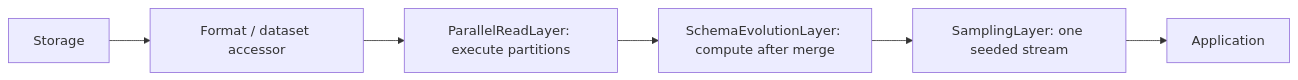
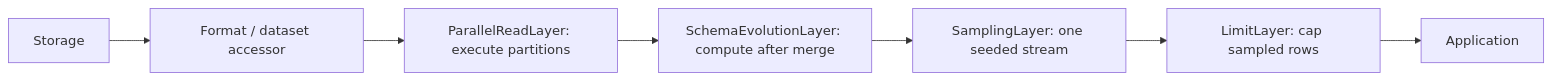
One commit to dentiny/open-arrow-access changed the first of 2 diagrams in layers/README.md. Above: the diagram before and after it, drawn with Mermaid. The commit also changed other lines of this file and 5 other files, not shown here.

````diff
--- a/layers/README.md
+++ b/layers/README.md
@@ -23,8 +24,9 @@
 ```mermaid
 flowchart LR
     Storage["Storage"] --> Format["Format / dataset accessor"]
     Format --> Parallel["ParallelReadLayer: execute partitions"]
     Parallel --> Generated["SchemaEvolutionLayer: compute after merge"]
     Generated --> Sampling["SamplingLayer: one seeded stream"]
-    Sampling --> App["Application"]
+    Sampling --> Limit["LimitLayer: cap sampled rows"]
+    Limit --> App["Application"]
 ```
````
